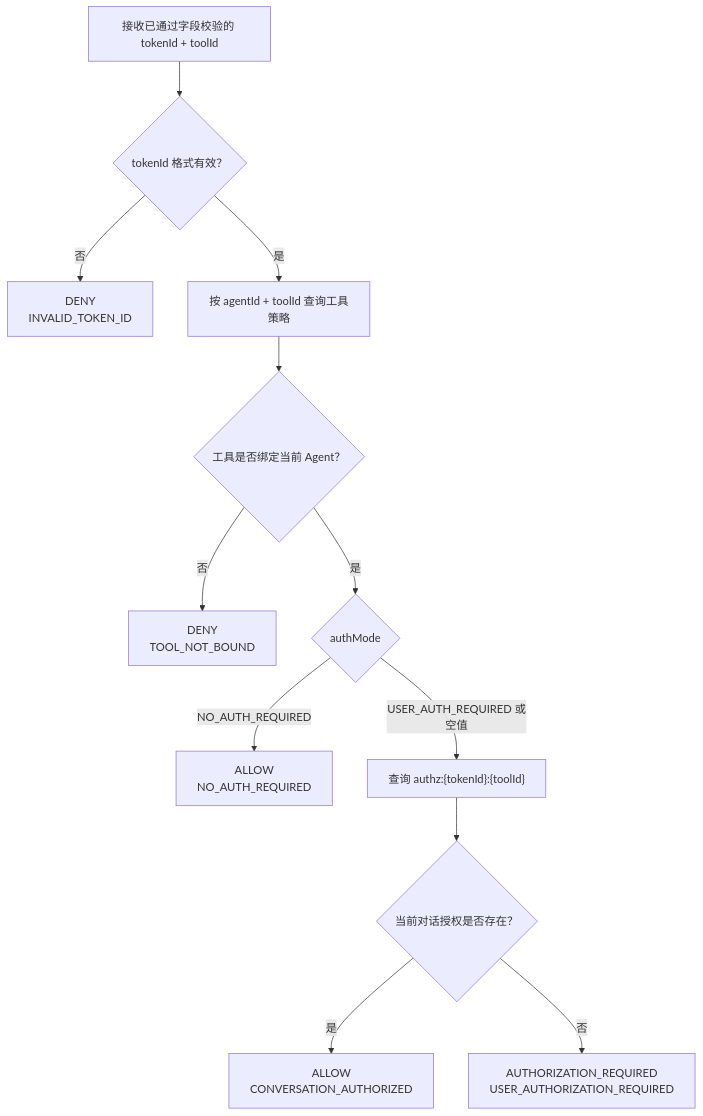
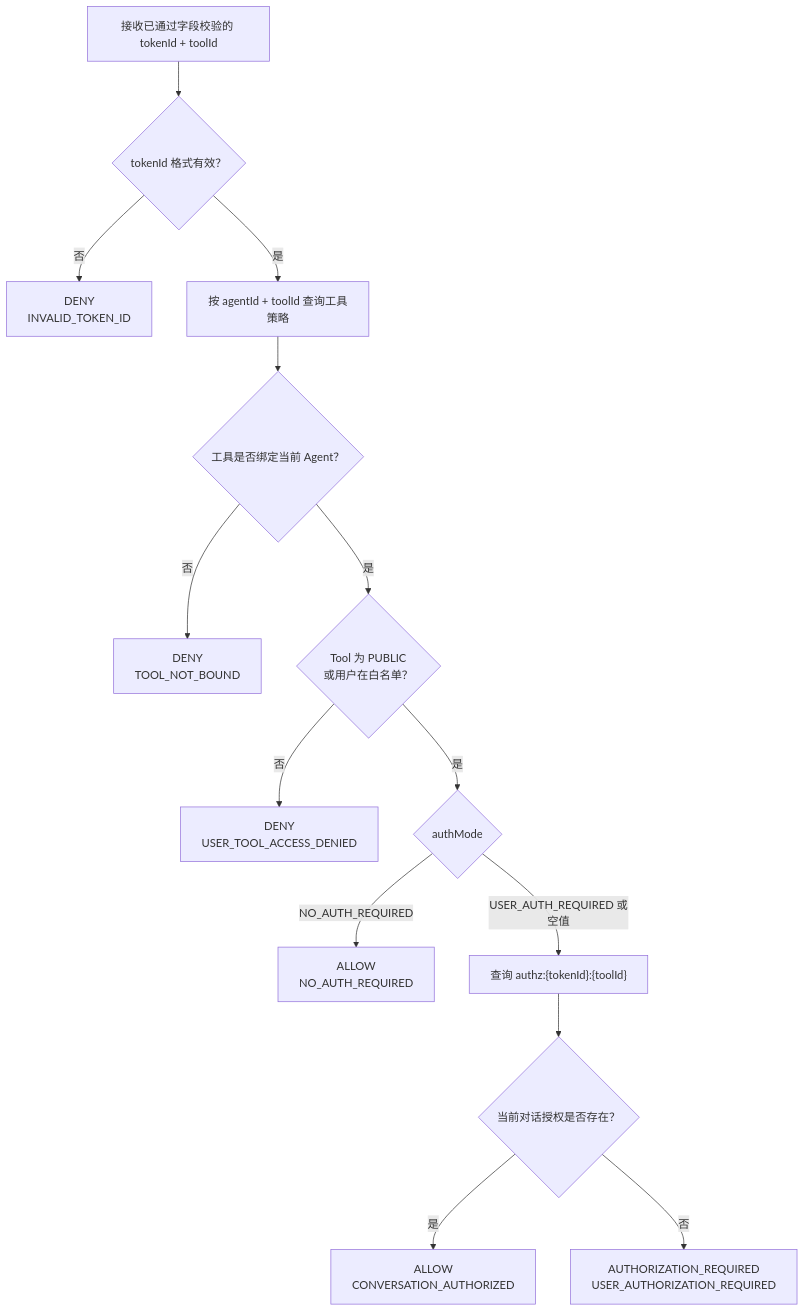
Before and after one commit to xuning117634-ux/agent-auth-design: the diagram in docs/02-policy-center/01-policy-center-spec.md, drawn with Mermaid. The commit also changed other lines of this file and 53 other files, not shown here.

Commit message:
feat: add user access scope policies

````diff
--- a/docs/02-policy-center/01-policy-center-spec.md
+++ b/docs/02-policy-center/01-policy-center-spec.md
@@ -88,17 +98,19 @@
 ```mermaid
 flowchart TD
     request["接收已通过字段校验的 tokenId + toolId"] --> validate{"tokenId 格式有效？"}
     validate -->|"否"| invalid["DENY<br/>INVALID_TOKEN_ID"]
     validate -->|"是"| policy["按 agentId + toolId 查询工具策略"]
 
     policy --> bound{"工具是否绑定当前 Agent？"}
     bound -->|"否"| unbound["DENY<br/>TOOL_NOT_BOUND"]
-    bound -->|"是"| mode{"authMode"}
+    bound -->|"是"| userPolicy{"Tool 为 PUBLIC<br/>或用户在白名单？"}
 
+    userPolicy -->|"否"| userDenied["DENY<br/>USER_TOOL_ACCESS_DENIED"]
+    userPolicy -->|"是"| mode{"authMode"}
     mode -->|"NO_AUTH_REQUIRED"| noAuth["ALLOW<br/>NO_AUTH_REQUIRED"]
     mode -->|"USER_AUTH_REQUIRED 或空值"| grant["查询 authz:{tokenId}:{toolId}"]
 
     grant --> hit{"当前对话授权是否存在？"}
     hit -->|"是"| authorized["ALLOW<br/>CONVERSATION_AUTHORIZED"]
     hit -->|"否"| required["AUTHORIZATION_REQUIRED<br/>USER_AUTHORIZATION_REQUIRED"]
 ```
````
